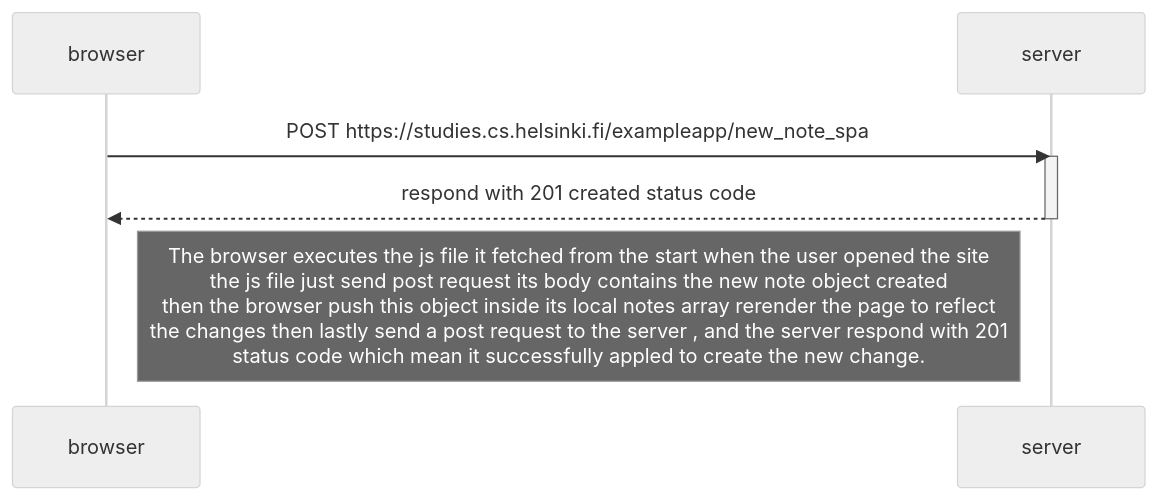
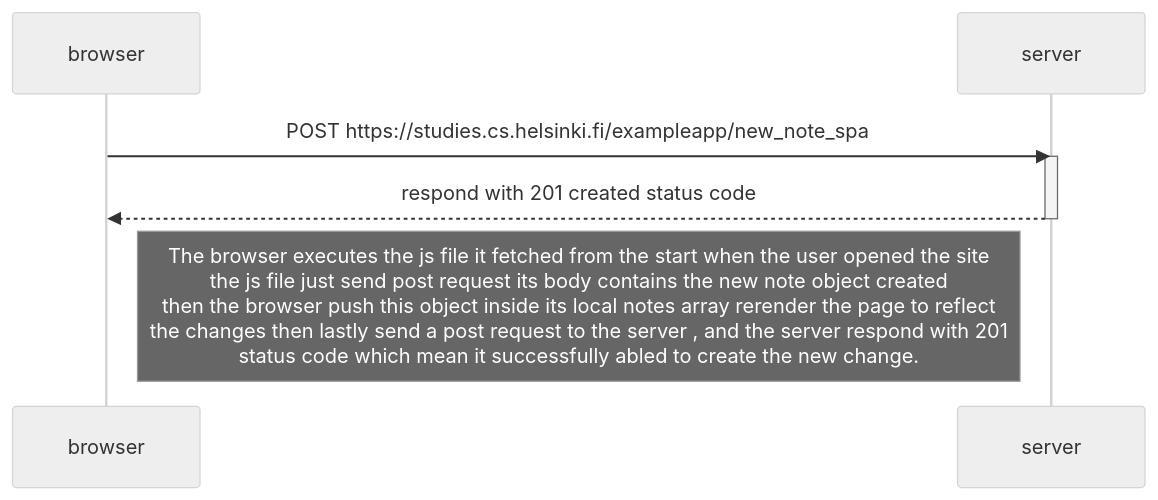
One commit to mohamed20163858/reviewReact changed the third of 3 diagrams in part0/README.md. Above: the diagram before and after it, drawn with Mermaid (neutral theme).

````diff
--- a/part0/README.md
+++ b/part0/README.md
@@ -80,13 +80,13 @@
 ```mermaid
 sequenceDiagram
 participant browser
 participant server
 
     browser->>server: POST https://studies.cs.helsinki.fi/exampleapp/new_note_spa
     activate server
     server-->>browser: respond with 201 created status code
     deactivate server
 
-    Note right of browser: The browser executes the js file it fetched from the start when the user  opened the site <br/> the js file just send post request its body contains the new note object created <br/> then the browser push this object inside its local notes array rerender the page to reflect <br/> the changes then lastly send a post request to the server , and the server respond with 201 <br/> status code which mean it successfully appled to create the new change.
+    Note right of browser: The browser executes the js file it fetched from the start when the user  opened the site <br/> the js file just send post request its body contains the new note object created <br/> then the browser push this object inside its local notes array rerender the page to reflect <br/> the changes then lastly send a post request to the server , and the server respond with 201 <br/> status code which mean it successfully abled to create the new change.
 
 ```
````
